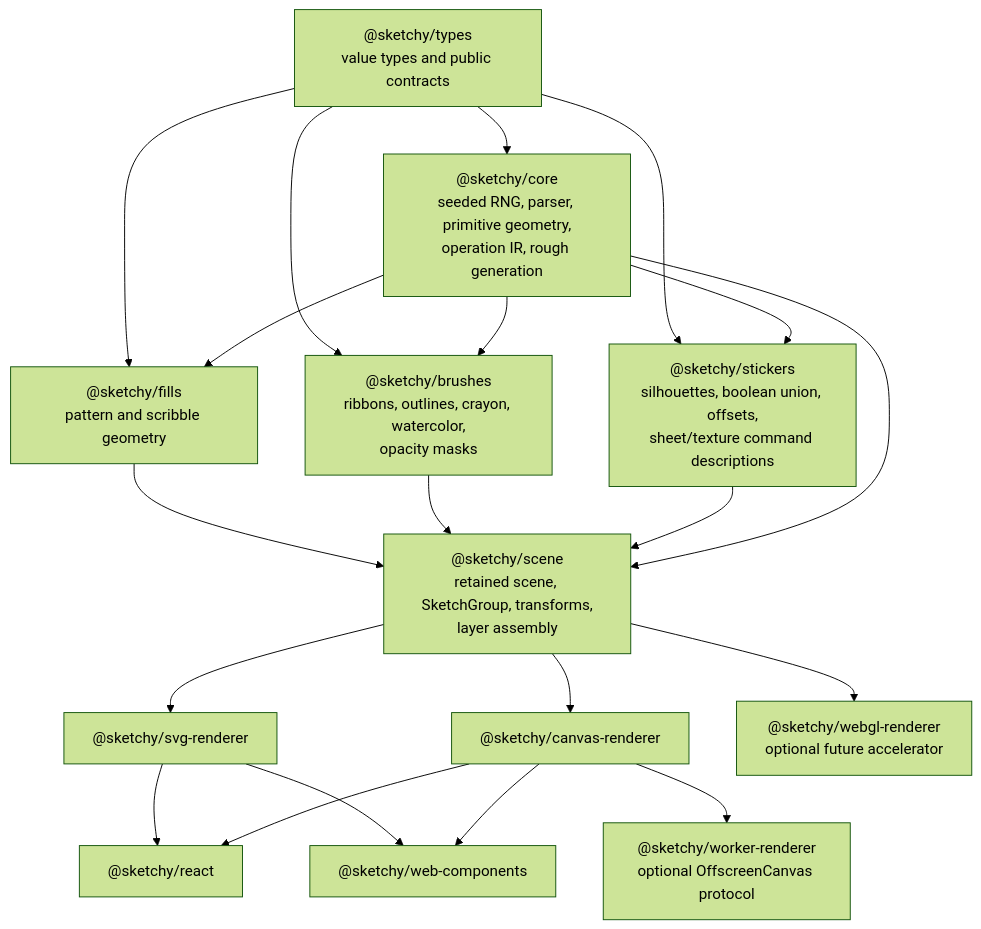
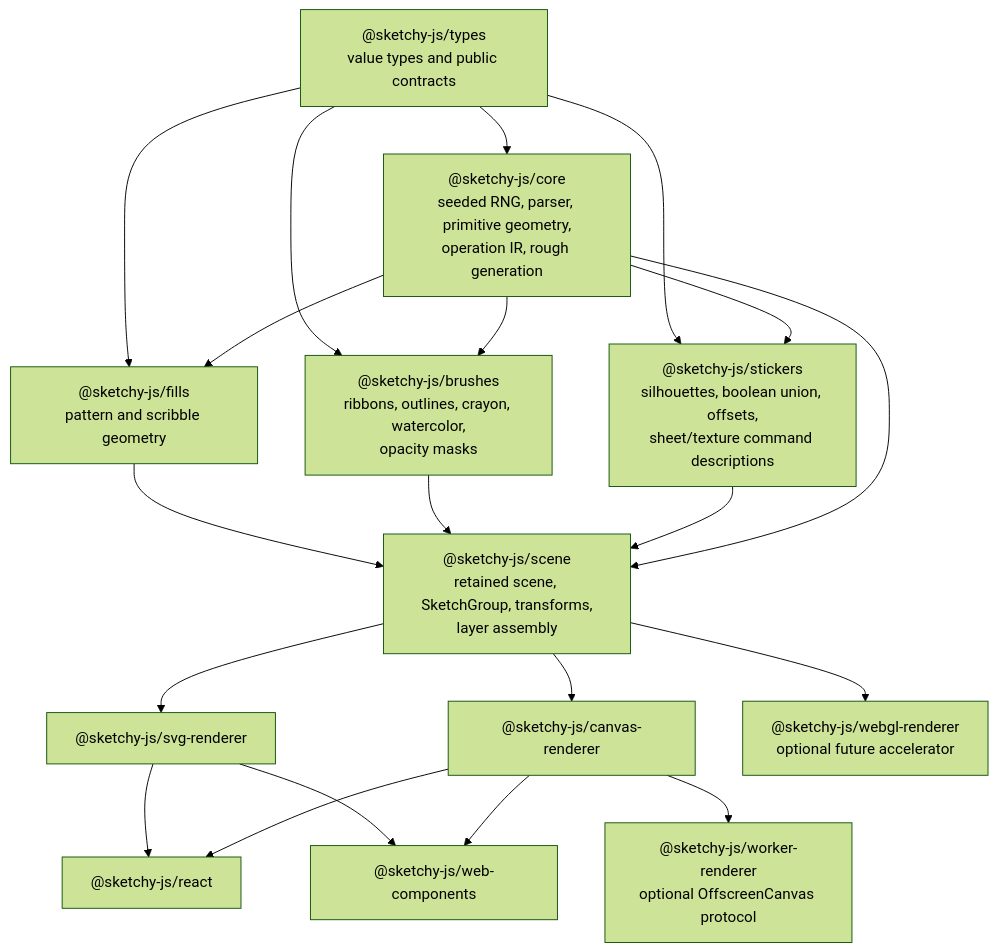
The diagram in docs/plan.md (sstradling/SketchyJS), drawn with Mermaid (forest theme) before and after one commit. The commit also changed other lines of this file and 55 other files, not shown here.

````diff
--- a/docs/plan.md
+++ b/docs/plan.md
@@ -67,35 +69,35 @@
 ```mermaid
 flowchart TD
-  types["@sketchy/types\nvalue types and public contracts"]
-  core["@sketchy/core\nseeded RNG, parser, primitive geometry,\noperation IR, rough generation"]
-  fills["@sketchy/fills\npattern and scribble geometry"]
-  brushes["@sketchy/brushes\nribbons, outlines, crayon, watercolor,\nopacity masks"]
-  stickers["@sketchy/stickers\nsilhouettes, boolean union, offsets,\nsheet/texture command descriptions"]
-  scene["@sketchy/scene\nretained scene, SketchGroup, transforms,\nlayer assembly"]
-  svg["@sketchy/svg-renderer"]
-  canvas["@sketchy/canvas-renderer"]
-  worker["@sketchy/worker-renderer\noptional OffscreenCanvas protocol"]
-  webgl["@sketchy/webgl-renderer\noptional future accelerator"]
-  react["@sketchy/react"]
-  wc["@sketchy/web-components"]
+  types["@sketchy-js/types\nvalue types and public contracts"]
+  core["@sketchy-js/core\nseeded RNG, parser, primitive geometry,\noperation IR, rough generation"]
+  fills["@sketchy-js/fills\npattern and scribble geometry"]
+  brushes["@sketchy-js/brushes\nribbons, outlines, crayon, watercolor,\nopacity masks"]
+  stickers["@sketchy-js/stickers\nsilhouettes, boolean union, offsets,\nsheet/texture command descriptions"]
+  scene["@sketchy-js/scene\nretained scene, SketchGroup, transforms,\nlayer assembly"]
+  svg["@sketchy-js/svg-renderer"]
+  canvas["@sketchy-js/canvas-renderer"]
+  worker["@sketchy-js/worker-renderer\noptional OffscreenCanvas protocol"]
+  webgl["@sketchy-js/webgl-renderer\noptional future accelerator"]
+  react["@sketchy-js/react"]
+  wc["@sketchy-js/web-components"]
 
   types --> core
   types --> fills
   types --> brushes
   types --> stickers
   core --> fills
   core --> brushes
   core --> stickers
   fills --> scene
   brushes --> scene
   stickers --> scene
   core --> scene
   scene --> svg
   scene --> canvas
   canvas --> worker
   scene --> webgl
   svg --> react
   canvas --> react
   svg --> wc
   canvas --> wc
 ```
````
